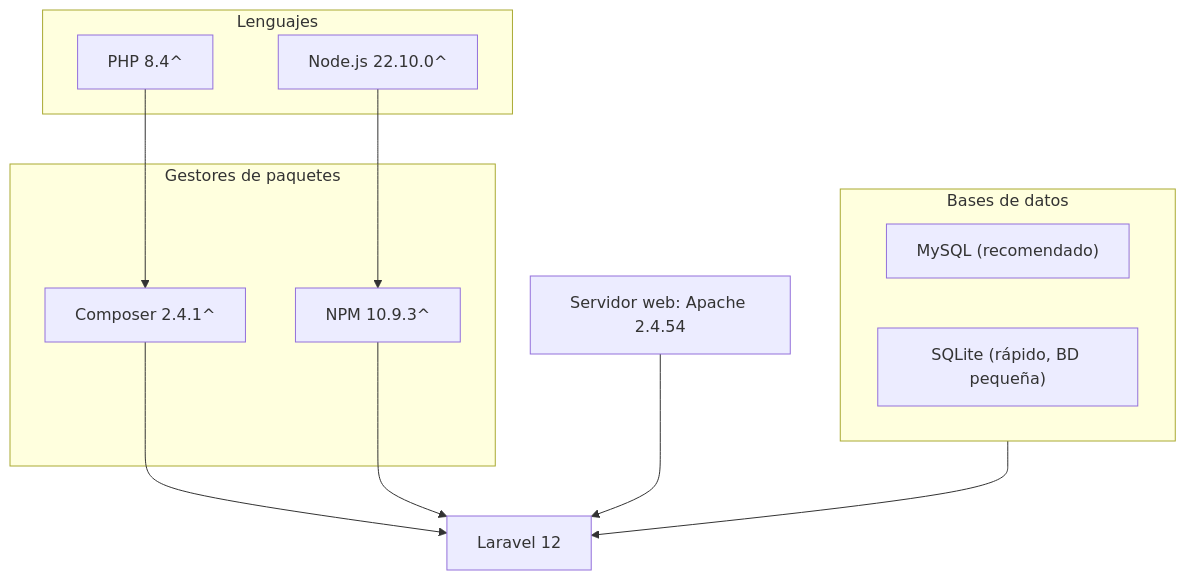
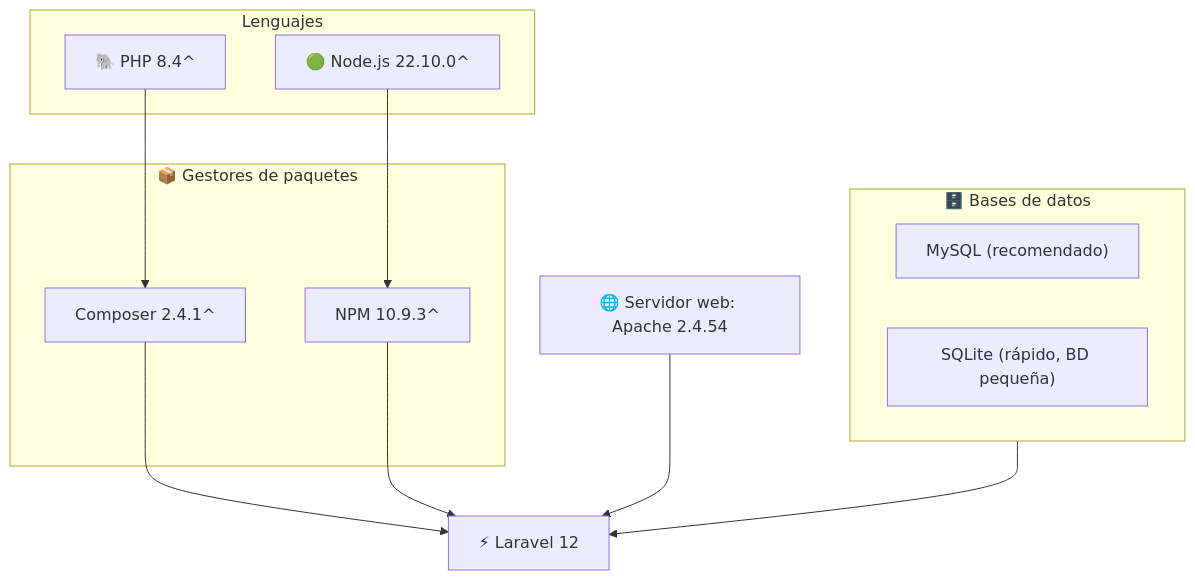
The first of 3 diagrams in README.md (Andres020Mi/CEFAEMPRESA-ERP), drawn with Mermaid before and after one commit. The commit also changed other lines of this file, not shown here.

````diff
--- a/README.md
+++ b/README.md
@@ -19,26 +19,26 @@
 ```mermaid
 flowchart TD
     subgraph Lenguajes
-        PHP["PHP 8.4^"]
-        Node["Node.js 22.10.0^"]
+        PHP["🐘 PHP 8.4^"]
+        Node["🟢 Node.js 22.10.0^"]
     end
 
-    subgraph Gestores["Gestores de paquetes"]
+    subgraph Gestores["📦 Gestores de paquetes"]
         Composer["Composer 2.4.1^"]
         NPM["NPM 10.9.3^"]
     end
 
-    subgraph BD["Bases de datos"]
+    subgraph BD["🗄️ Bases de datos"]
         MySQL["MySQL (recomendado)"]
         SQLite["SQLite (rápido, BD pequeña)"]
     end
 
-    Apache["Servidor web: Apache 2.4.54"]
+    Apache["🌐 Servidor web: Apache 2.4.54"]
 
     PHP --> Composer
     Node --> NPM
-    Composer --> Laravel["Laravel 12"]
+    Composer --> Laravel["⚡ Laravel 12"]
     NPM --> Laravel
     BD --> Laravel
     Apache --> Laravel
 ```
````
